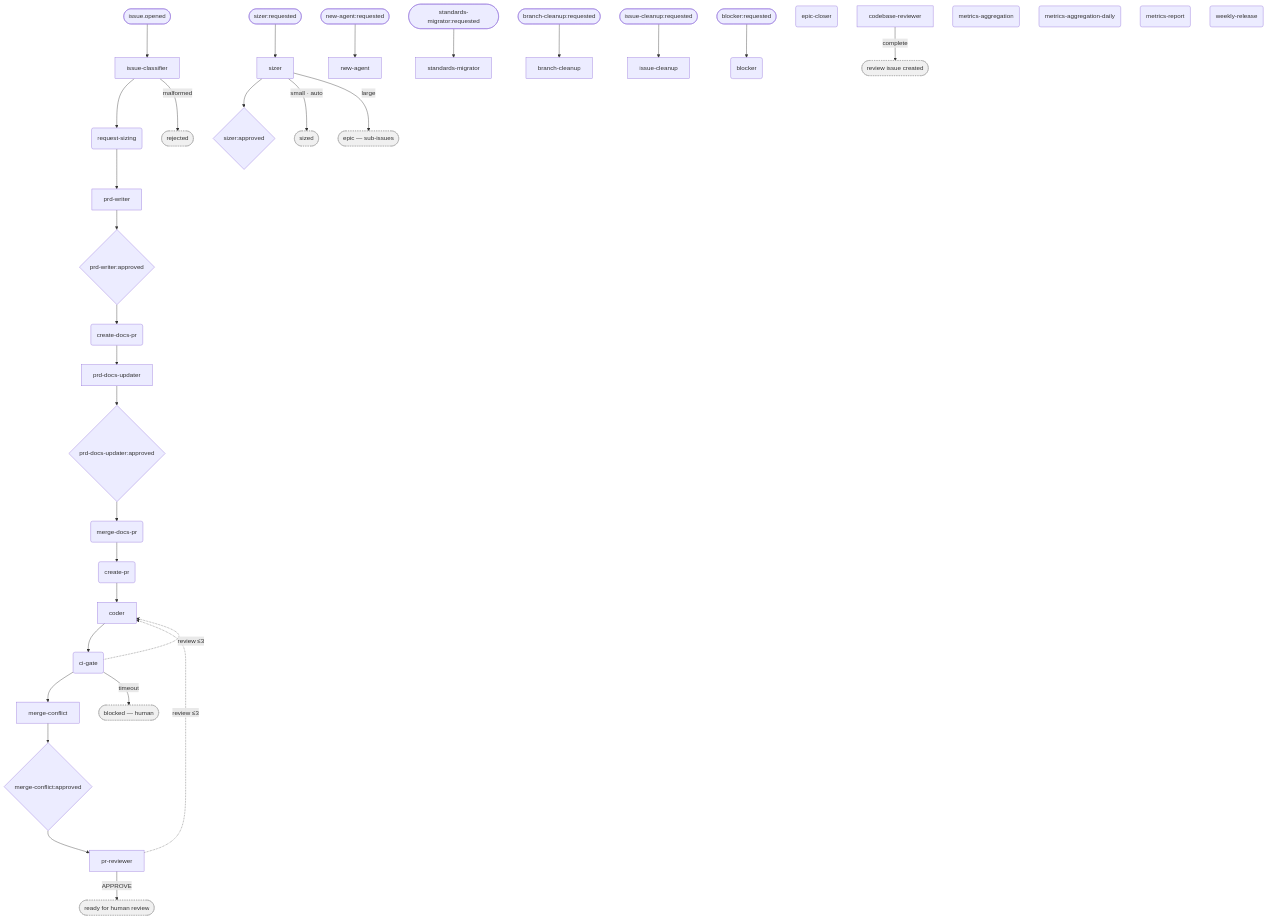
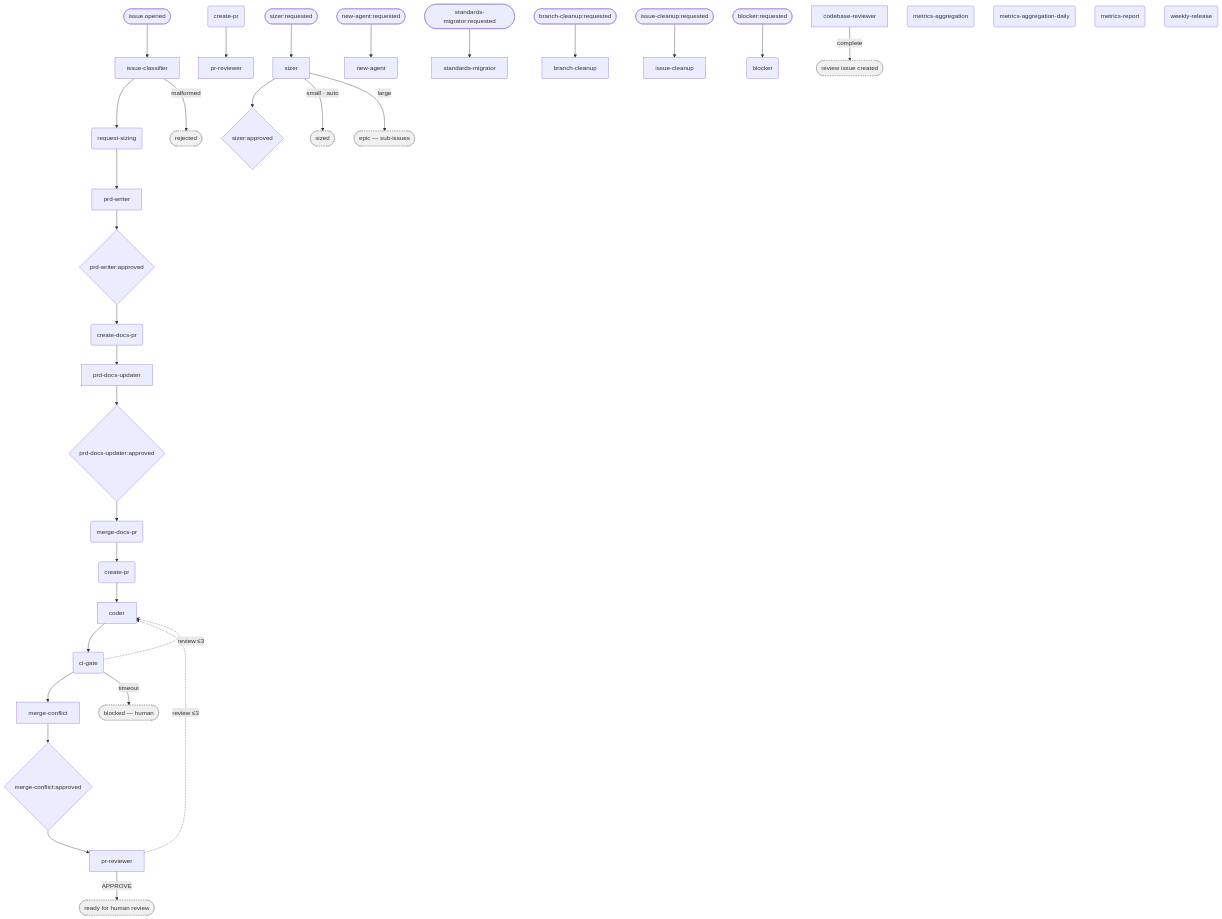
One commit to M-A-Operating-System/ai-coding-standards2 changed the diagram in docs/product/orchestrator/generated/pipeline.mmd. Above: the diagram before and after it, drawn with Mermaid. The commit also changed 4 other files, not shown here.

Commit message:
chore: regenerate pipeline diagrams

```diff
--- a/docs/product/orchestrator/generated/pipeline.mmd
+++ b/docs/product/orchestrator/generated/pipeline.mmd
@@ -1,71 +1,73 @@
 flowchart TD
     entry_n_01_product_docs__issue_classifier(["issue.opened"])
     entry_n_00_ondemand__sizer(["sizer:requested"])
     entry_n_00_ondemand__new_agent(["new-agent:requested"])
     entry_n_00_ondemand__standards_migrator(["standards-migrator:requested"])
     entry_n_00_ondemand__branch_cleanup(["branch-cleanup:requested"])
     entry_n_00_ondemand__issue_cleanup(["issue-cleanup:requested"])
     entry_n_00_ondemand__blocker(["blocker:requested"])
     n_01_product_docs__issue_classifier["issue-classifier"]
     n_01_product_docs__request_sizing("request-sizing")
     n_01_product_docs__prd_writer["prd-writer"]
     n_01_product_docs__create_docs_pr("create-docs-pr")
     n_01_product_docs__prd_docs_updater["prd-docs-updater"]
     n_01_product_docs__merge_docs_pr("merge-docs-pr")
     n_01_product_docs__create_pr("create-pr")
     n_03_execute__coder["coder"]
     n_03_execute__ci_gate("ci-gate")
     n_03_execute__merge_conflict["merge-conflict"]
     n_03_execute__pr_reviewer["pr-reviewer"]
-    n_04_evaluate__epic_closer("epic-closer")
+    n_04_evaluate__create_pr("create-pr")
+    n_04_evaluate__pr_reviewer["pr-reviewer"]
     n_00_ondemand__codebase_reviewer["codebase-reviewer"]
     n_00_ondemand__sizer["sizer"]
     n_00_ondemand__new_agent["new-agent"]
     n_00_ondemand__standards_migrator["standards-migrator"]
     n_00_ondemand__branch_cleanup["branch-cleanup"]
     n_00_ondemand__issue_cleanup["issue-cleanup"]
     n_00_ondemand__blocker("blocker")
     n_05_continuous__metrics_aggregation("metrics-aggregation")
     n_05_continuous__metrics_aggregation_daily("metrics-aggregation-daily")
     n_05_continuous__metrics_report("metrics-report")
     n_05_continuous__weekly_release("weekly-release")
     gate__n_01_product_docs__prd_writer{"prd-writer:approved"}
     gate__n_01_product_docs__prd_docs_updater{"prd-docs-updater:approved"}
     gate__n_03_execute__merge_conflict{"merge-conflict:approved"}
     gate__n_00_ondemand__sizer{"sizer:approved"}
     term_blocked(["blocked — human"]):::term
     term_cr_done(["review issue created"]):::term
     term_epic(["epic — sub-issues"]):::term
     term_ready(["ready for human review"]):::term
     term_rejected(["rejected"]):::term
     term_sized(["sized"]):::term
     entry_n_01_product_docs__issue_classifier --> n_01_product_docs__issue_classifier
     entry_n_00_ondemand__sizer --> n_00_ondemand__sizer
     entry_n_00_ondemand__new_agent --> n_00_ondemand__new_agent
     entry_n_00_ondemand__standards_migrator --> n_00_ondemand__standards_migrator
     entry_n_00_ondemand__branch_cleanup --> n_00_ondemand__branch_cleanup
     entry_n_00_ondemand__issue_cleanup --> n_00_ondemand__issue_cleanup
     entry_n_00_ondemand__blocker --> n_00_ondemand__blocker
     n_01_product_docs__issue_classifier --> n_01_product_docs__request_sizing
     n_01_product_docs__request_sizing --> n_01_product_docs__prd_writer
     gate__n_01_product_docs__prd_writer --> n_01_product_docs__create_docs_pr
     n_01_product_docs__create_docs_pr --> n_01_product_docs__prd_docs_updater
     gate__n_01_product_docs__prd_docs_updater --> n_01_product_docs__merge_docs_pr
     n_01_product_docs__merge_docs_pr --> n_01_product_docs__create_pr
     n_01_product_docs__create_pr --> n_03_execute__coder
     n_03_execute__coder --> n_03_execute__ci_gate
     n_03_execute__ci_gate --> n_03_execute__merge_conflict
     gate__n_03_execute__merge_conflict --> n_03_execute__pr_reviewer
+    n_04_evaluate__create_pr --> n_04_evaluate__pr_reviewer
     n_01_product_docs__prd_writer --> gate__n_01_product_docs__prd_writer
     n_01_product_docs__prd_docs_updater --> gate__n_01_product_docs__prd_docs_updater
     n_03_execute__merge_conflict --> gate__n_03_execute__merge_conflict
     n_00_ondemand__sizer --> gate__n_00_ondemand__sizer
     n_03_execute__ci_gate -. review ≤3 .-> n_03_execute__coder
     n_03_execute__pr_reviewer -. review ≤3 .-> n_03_execute__coder
     n_01_product_docs__issue_classifier -->|malformed| term_rejected
     n_03_execute__ci_gate -->|timeout| term_blocked
     n_03_execute__pr_reviewer -->|APPROVE| term_ready
     n_00_ondemand__sizer -->|small · auto| term_sized
     n_00_ondemand__sizer -->|large| term_epic
     n_00_ondemand__codebase_reviewer -->|complete| term_cr_done
     classDef term fill:#f0f0f0,stroke:#999,stroke-dasharray:3
```
